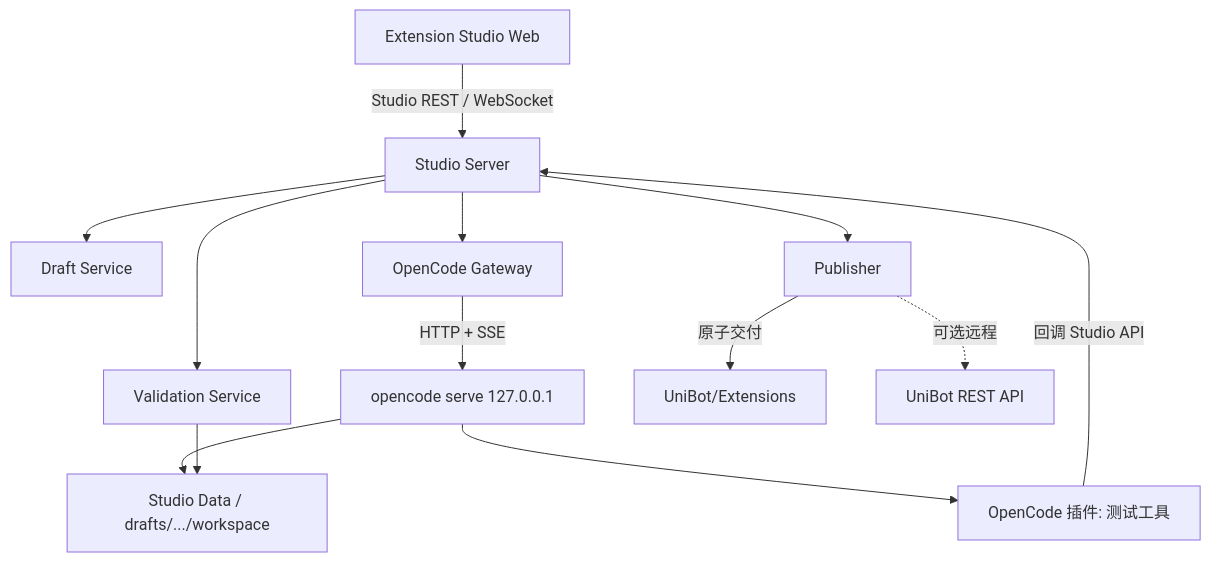
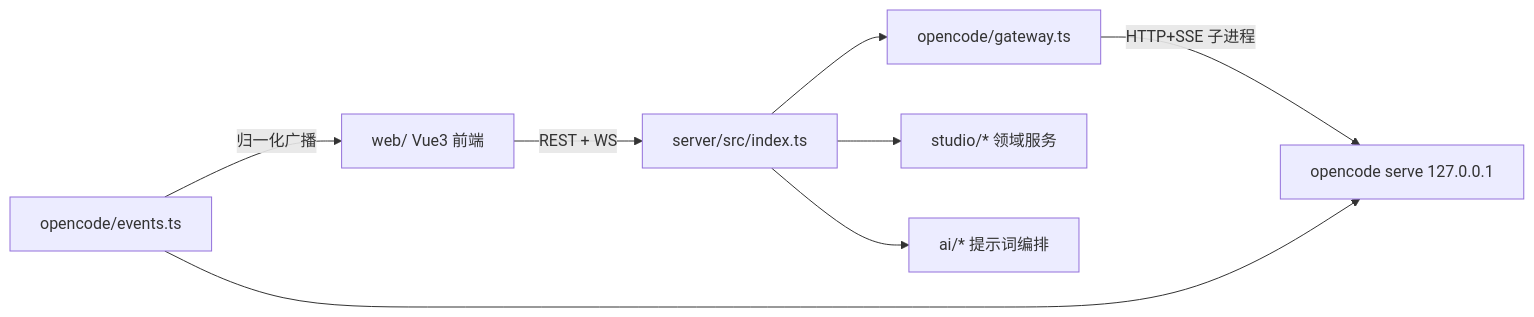
One commit to Minecraft-UniBot/AiStudio changed the diagram in AGENT.md. Above: the diagram before and after it, drawn with Mermaid. The commit also changed other lines of this file and 38 other files, not shown here.

````diff
--- a/AGENT.md
+++ b/AGENT.md
@@ -237,15 +76,9 @@
 ```mermaid
-flowchart TB
-    WEB[Extension Studio Web] -->|Studio REST / WebSocket| API[Studio Server]
-    API --> DS[Draft Service]
-    API --> OC[OpenCode Gateway]
-    API --> VS[Validation Service]
-    API --> PB[Publisher]
-    OC -->|HTTP + SSE| SERVER[opencode serve 127.0.0.1]
-    SERVER --> WD[Studio Data / drafts/.../workspace]
-    SERVER --> PLUGIN[OpenCode 插件: 测试工具]
-    PLUGIN -->|回调 Studio API| API
-    VS --> WD
-    PB -->|原子交付| EXT[UniBot/Extensions]
-    PB -.->|可选远程| UAPI[UniBot REST API]
+flowchart LR
+    WEB[web/ Vue3 前端] -->|REST + WS| IDX[server/src/index.ts]
+    IDX --> OC[opencode/gateway.ts] -->|HTTP+SSE 子进程| SRV[opencode serve 127.0.0.1]
+    IDX --> ST[studio/* 领域服务]
+    IDX --> AI[ai/* 提示词编排]
+    EV[opencode/events.ts] -->|归一化广播| WEB
+    EV --> SRV
 ```
````
